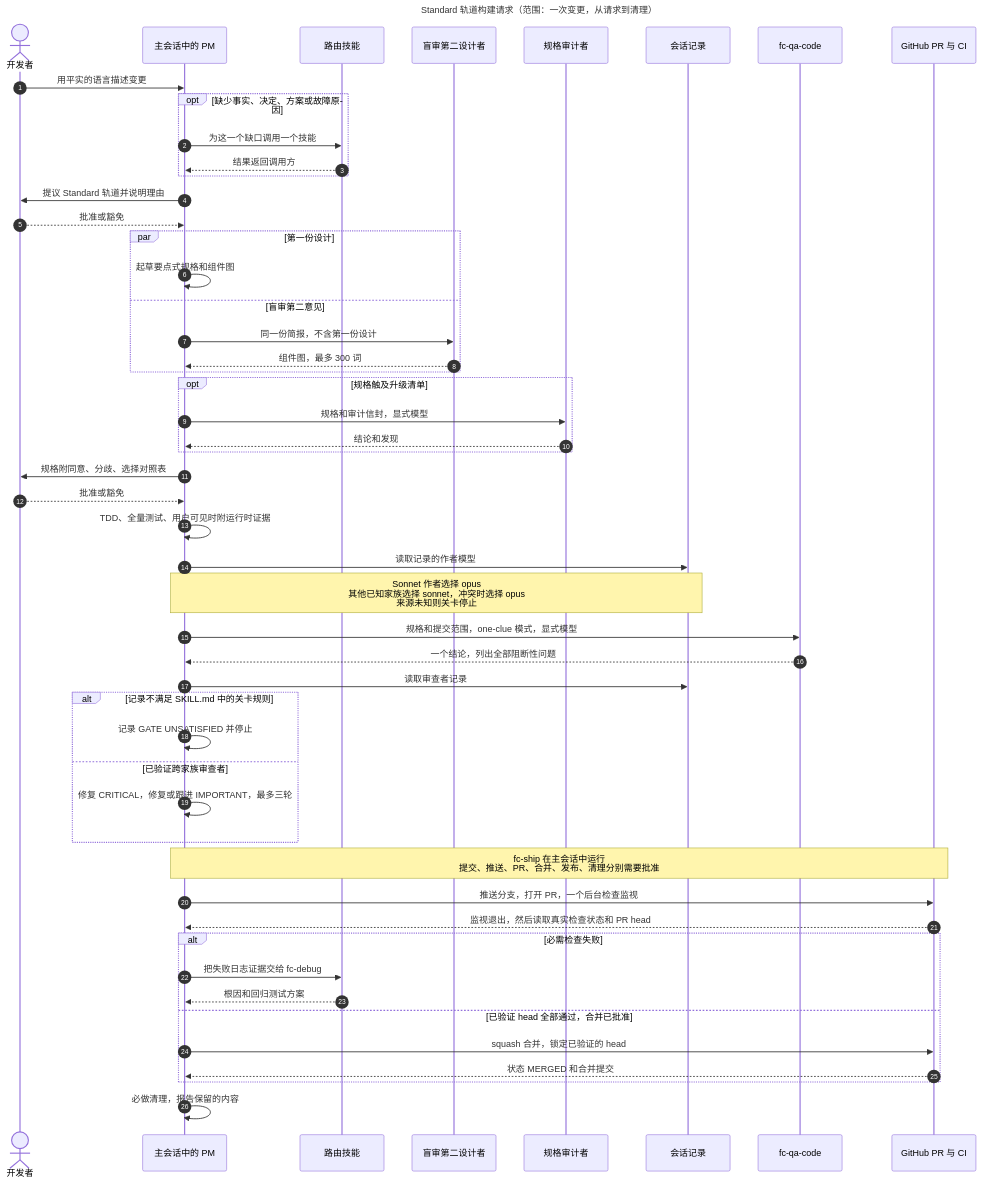
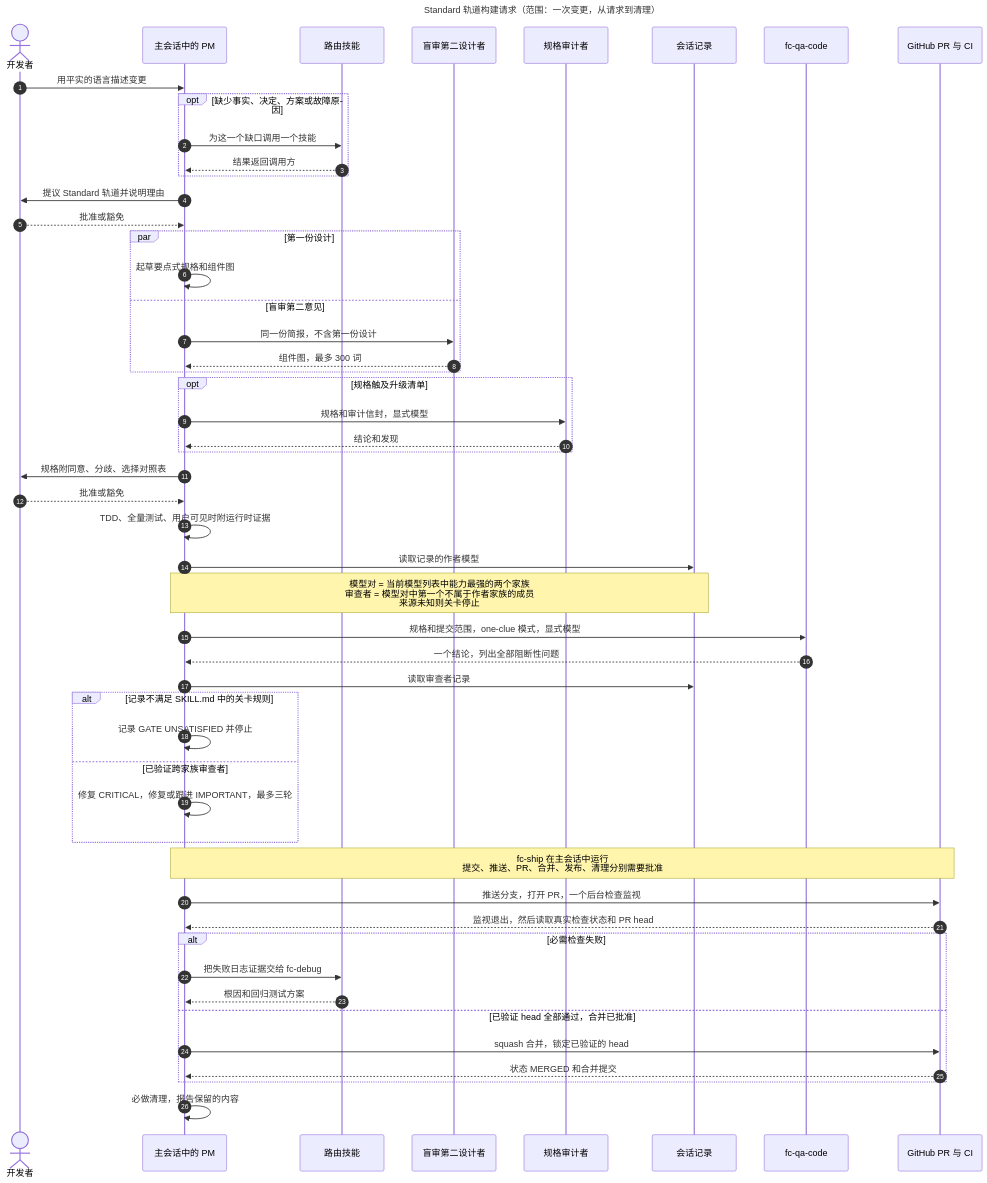
One commit to D0n9X1n/feature-crew changed the second of 2 diagrams in wiki/Architecture-zh-CN.md. Above: the diagram before and after it, drawn with Mermaid. The commit also changed other lines of this file and 7 other files, not shown here.

````diff
--- a/wiki/Architecture-zh-CN.md
+++ b/wiki/Architecture-zh-CN.md
@@ -73,56 +73,56 @@
 ```mermaid
 ---
 title: "Standard 轨道构建请求（范围：一次变更，从请求到清理）"
 ---
 sequenceDiagram
     autonumber
     actor Dev as 开发者
     participant PM as 主会话中的 PM
     participant Sub as 路由技能
     participant SD as 盲审第二设计者
     participant Aud as 规格审计者
     participant Rec as 会话记录
     participant QA as fc-qa-code
     participant GH as GitHub PR 与 CI
     Dev->>PM: 用平实的语言描述变更
     opt 缺少事实、决定、方案或故障原因
         PM->>Sub: 为这一个缺口调用一个技能
         Sub-->>PM: 结果返回调用方
     end
     PM->>Dev: 提议 Standard 轨道并说明理由
     Dev-->>PM: 批准或豁免
     par 第一份设计
         PM->>PM: 起草要点式规格和组件图
     and 盲审第二意见
         PM->>SD: 同一份简报，不含第一份设计
         SD-->>PM: 组件图，最多 300 词
     end
     opt 规格触及升级清单
         PM->>Aud: 规格和审计信封，显式模型
         Aud-->>PM: 结论和发现
     end
     PM->>Dev: 规格附同意、分歧、选择对照表
     Dev-->>PM: 批准或豁免
     PM->>PM: TDD、全量测试、用户可见时附运行时证据
     PM->>Rec: 读取记录的作者模型
-    Note over PM,Rec: Sonnet 作者选择 opus<br/>其他已知家族选择 sonnet，冲突时选择 opus<br/>来源未知则关卡停止
+    Note over PM,Rec: 模型对 = 当前模型列表中能力最强的两个家族<br/>审查者 = 模型对中第一个不属于作者家族的成员<br/>来源未知则关卡停止
     PM->>QA: 规格和提交范围，one-clue 模式，显式模型
     QA-->>PM: 一个结论，列出全部阻断性问题
     PM->>Rec: 读取审查者记录
     alt 记录不满足 SKILL.md 中的关卡规则
         PM->>PM: 记录 GATE UNSATISFIED 并停止
     else 已验证跨家族审查者
         PM->>PM: 修复 CRITICAL，修复或跟进 IMPORTANT，最多三轮
     end
     Note over PM,GH: fc-ship 在主会话中运行<br/>提交、推送、PR、合并、发布、清理分别需要批准
     PM->>GH: 推送分支，打开 PR，一个后台检查监视
     GH-->>PM: 监视退出，然后读取真实检查状态和 PR head
     alt 必需检查失败
         PM->>Sub: 把失败日志证据交给 fc-debug
         Sub-->>PM: 根因和回归测试方案
     else 已验证 head 全部通过，合并已批准
         PM->>GH: squash 合并，锁定已验证的 head
         GH-->>PM: 状态 MERGED 和合并提交
     end
     PM->>PM: 必做清理，报告保留的内容
 ```
````
